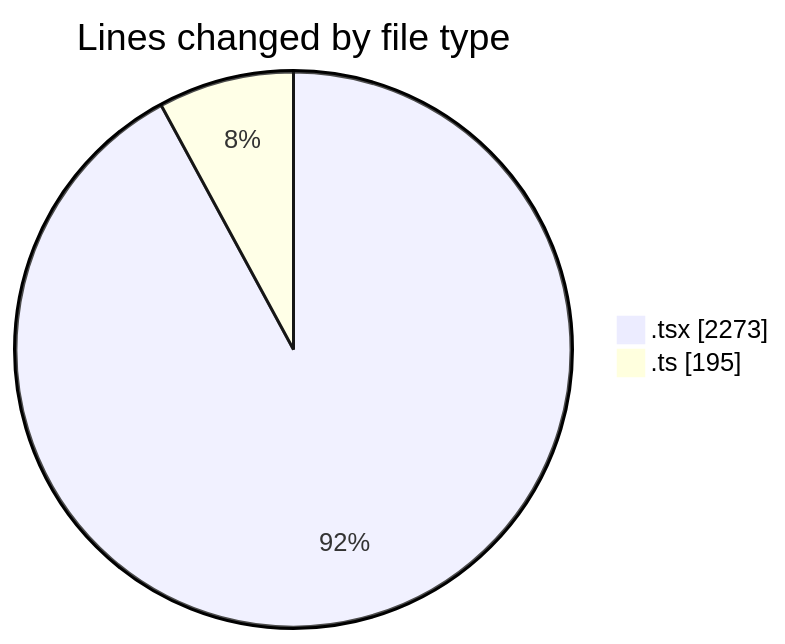
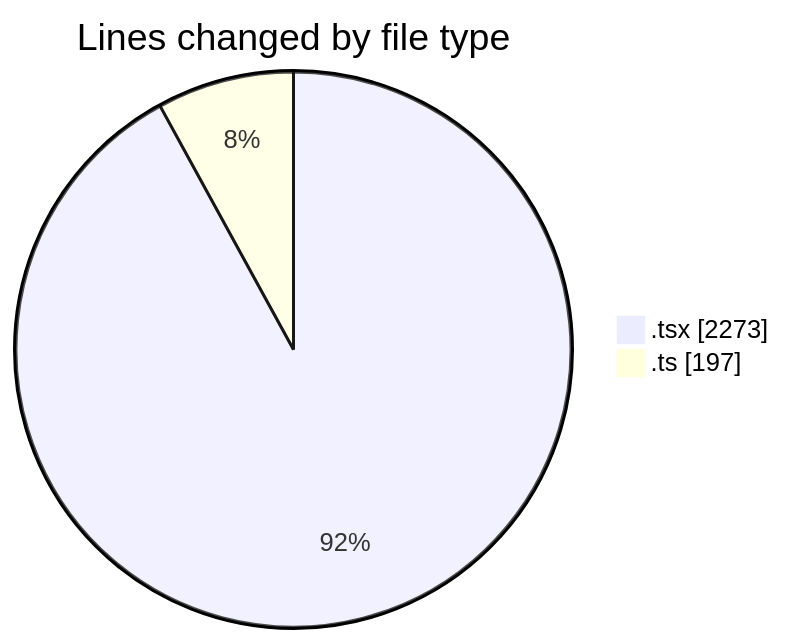
The first of 2 diagrams in 2026-02-10/nxtqube_webapp/README.md (nxtqubesakshisongat/code-tracking), drawn with Mermaid before and after one commit. The commit also changed other lines of this file and 1 other file, not shown here.

````diff
--- a/2026-02-10/nxtqube_webapp/README.md
+++ b/2026-02-10/nxtqube_webapp/README.md
@@ -25,6 +25,6 @@
 ```mermaid
 pie showData
 title Lines changed by file type
 ".tsx" : 2273
-".ts" : 195
+".ts" : 197
 ```
````
